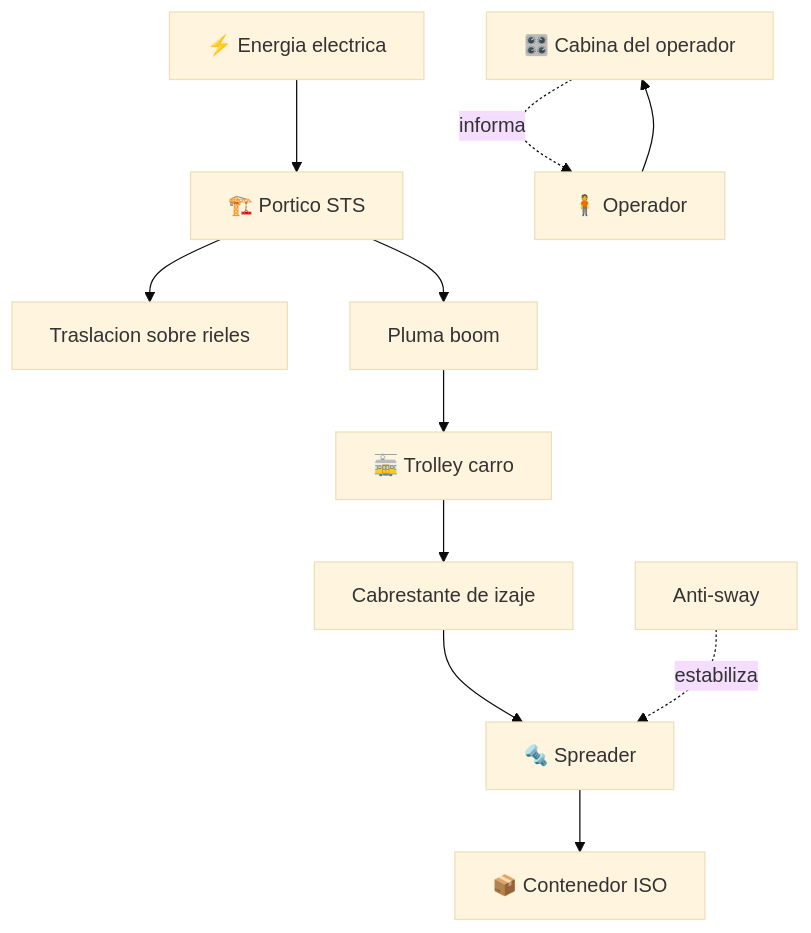
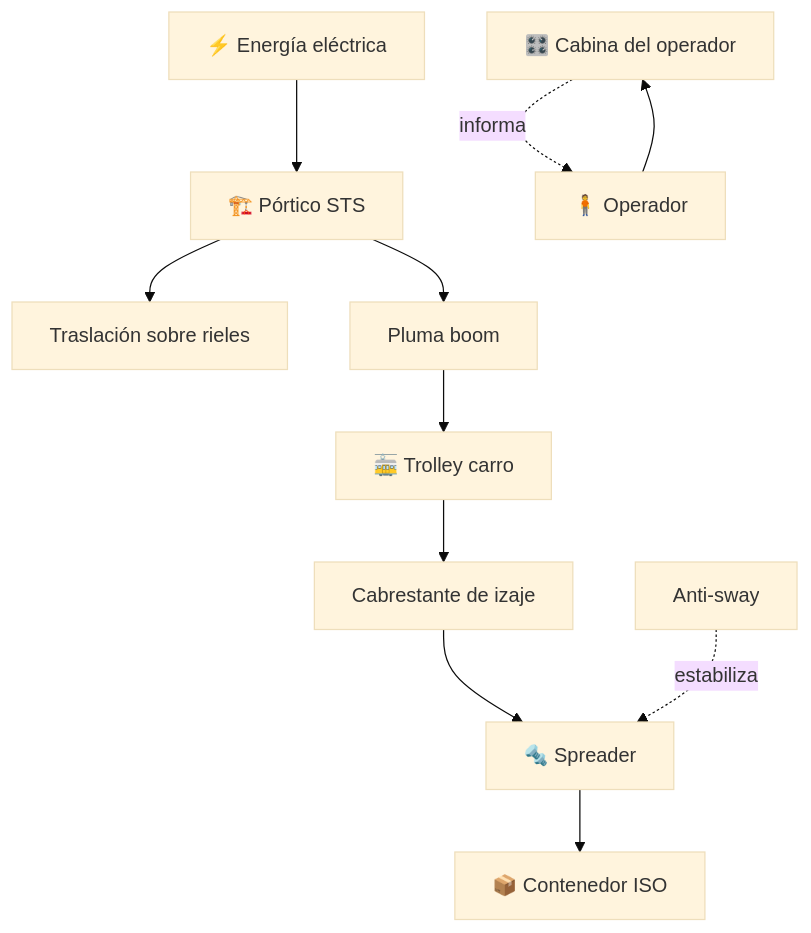
The diagram in vehiculos/grua-portuaria/README.md (vladimiracunadev-create/machine-operator-program), drawn with Mermaid (base theme) before and after one commit. The commit also changed other lines of this file and 442 other files, not shown here.

````diff
--- a/vehiculos/grua-portuaria/README.md
+++ b/vehiculos/grua-portuaria/README.md
@@ -32,13 +32,13 @@
 ```mermaid
 flowchart TD
-    Energia[⚡ Energia electrica] --> Portico[🏗️ Portico STS]
-    Portico --> Gantry[Traslacion sobre rieles]
+    Energia[⚡ Energía eléctrica] --> Portico[🏗️ Pórtico STS]
+    Portico --> Gantry[Traslación sobre rieles]
     Portico --> Boom[Pluma boom]
     Boom --> Trolley[🚋 Trolley carro]
     Trolley --> Izaje[Cabrestante de izaje]
     Izaje --> Spreader[🔩 Spreader]
     Spreader --> Contenedor[📦 Contenedor ISO]
     Cabina[🎛️ Cabina del operador] -. informa .-> Operador[🧍 Operador]
     Operador --> Cabina
     AntiSway[Anti-sway] -. estabiliza .-> Spreader
 ```
````
